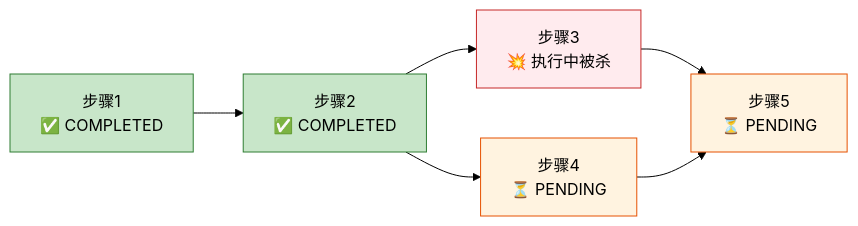
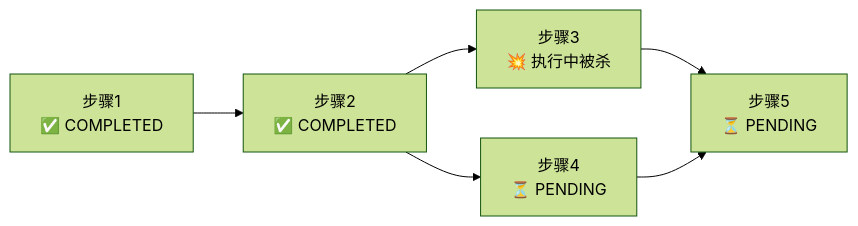
Before and after one commit to limenagent/prodagent: the third of 5 diagrams in docs/tour/06-plan.md, drawn with Mermaid (forest theme). The commit also changed other lines of this file and 113 other files, not shown here.

````diff
--- a/docs/tour/06-plan.md
+++ b/docs/tour/06-plan.md
@@ -229,13 +226,8 @@
 ```mermaid
 graph LR
     A["步骤1<br/>✅ COMPLETED"] --> B["步骤2<br/>✅ COMPLETED"]
     B --> C["步骤3<br/>💥 执行中被杀"]
     B --> D["步骤4<br/>⏳ PENDING"]
     C --> E["步骤5<br/>⏳ PENDING"]
     D --> E
-    style A fill:#c8e6c9,stroke:#2e7d32
-    style B fill:#c8e6c9,stroke:#2e7d32
-    style C fill:#ffebee,stroke:#c62828
-    style D fill:#fff3e0,stroke:#e65100
-    style E fill:#fff3e0,stroke:#e65100
 ```
````
